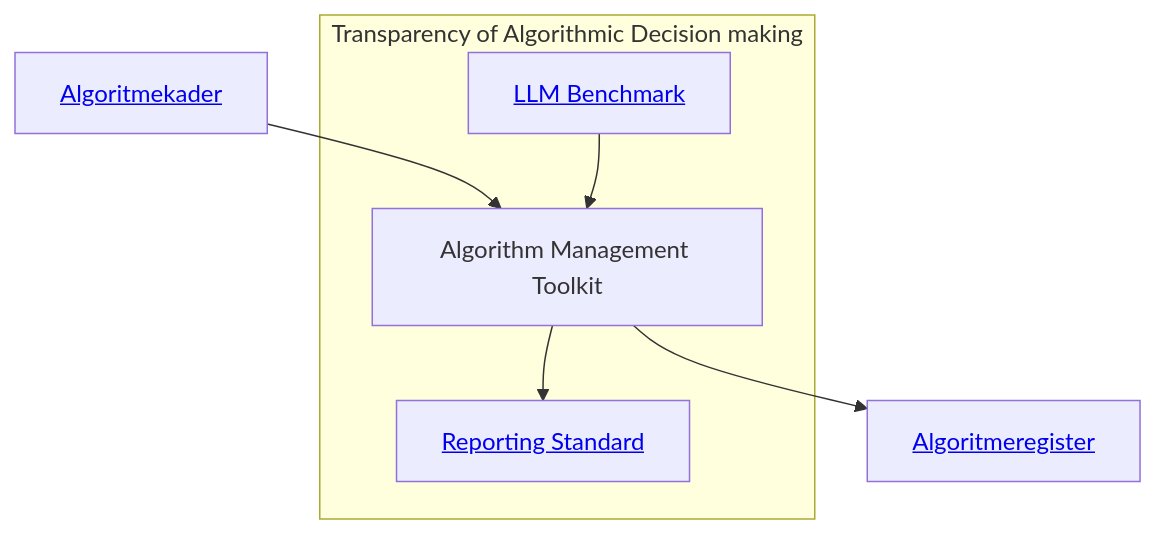
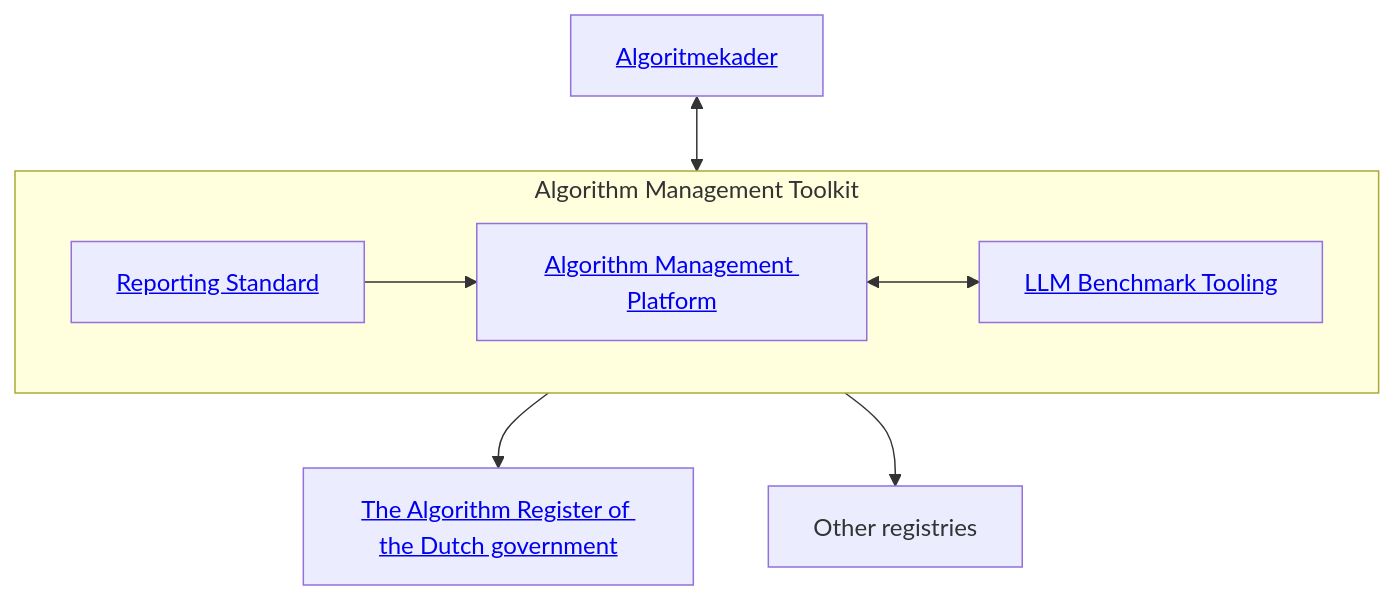
Before and after one commit to MinBZK/ai-validation: the diagram in docs/index.md, drawn with Mermaid. The commit also changed other lines of this file, not shown here.

Commit message:
Update product graph

````diff
--- a/docs/index.md
+++ b/docs/index.md
@@ -16,11 +16,12 @@
 ``` mermaid
 graph TB
-    ak[<a href='https://minbzk.github.io/Algoritmekader/'>Algoritmekader</a>] --> tad
+    ak[<a href='https://minbzk.github.io/Algoritmekader/'>Algoritmekader</a>] <--> tmt
 
-    subgraph Transparency of Algorithmic Decision making
-        tad[Algorithm Management Toolkit] --> st[<a href='/ai-validation/projects/tad/reporting-standard/'>Reporting Standard</a>]
-        llm[<a href='/ai-validation/projects/llm-benchmarks/'>LLM Benchmark</a>] --> tad
+    subgraph tmt[Algorithm Management Toolkit]
+        st[<a href='/ai-validation/projects/tad/reporting-standard/'>Reporting Standard</a>] --> tad[<a href='https://github.com/MinBZK/tad/'>Algorithm Management Platform</a>]
+        tad <--> llm[<a href='/ai-validation/projects/llm-benchmarks/'>LLM Benchmark Tooling</a>]
     end
 
-    tad --> ar[<a href='https://algoritmes.overheid.nl'>Algoritmeregister</a>]
+    tmt --> ar[<a href='https://algoritmes.overheid.nl/en/'>The Algorithm Register of the Dutch government</a>]
+    tmt --> or[Other registries]
 ```
````
